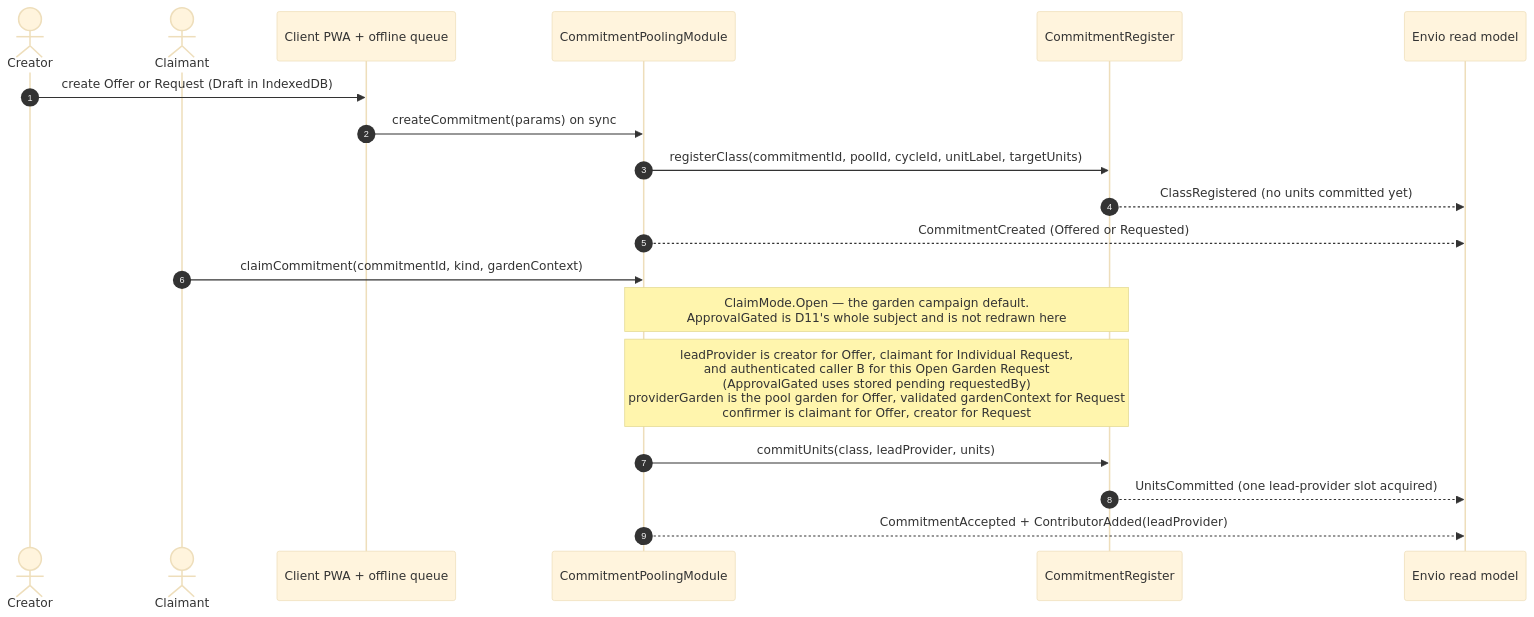
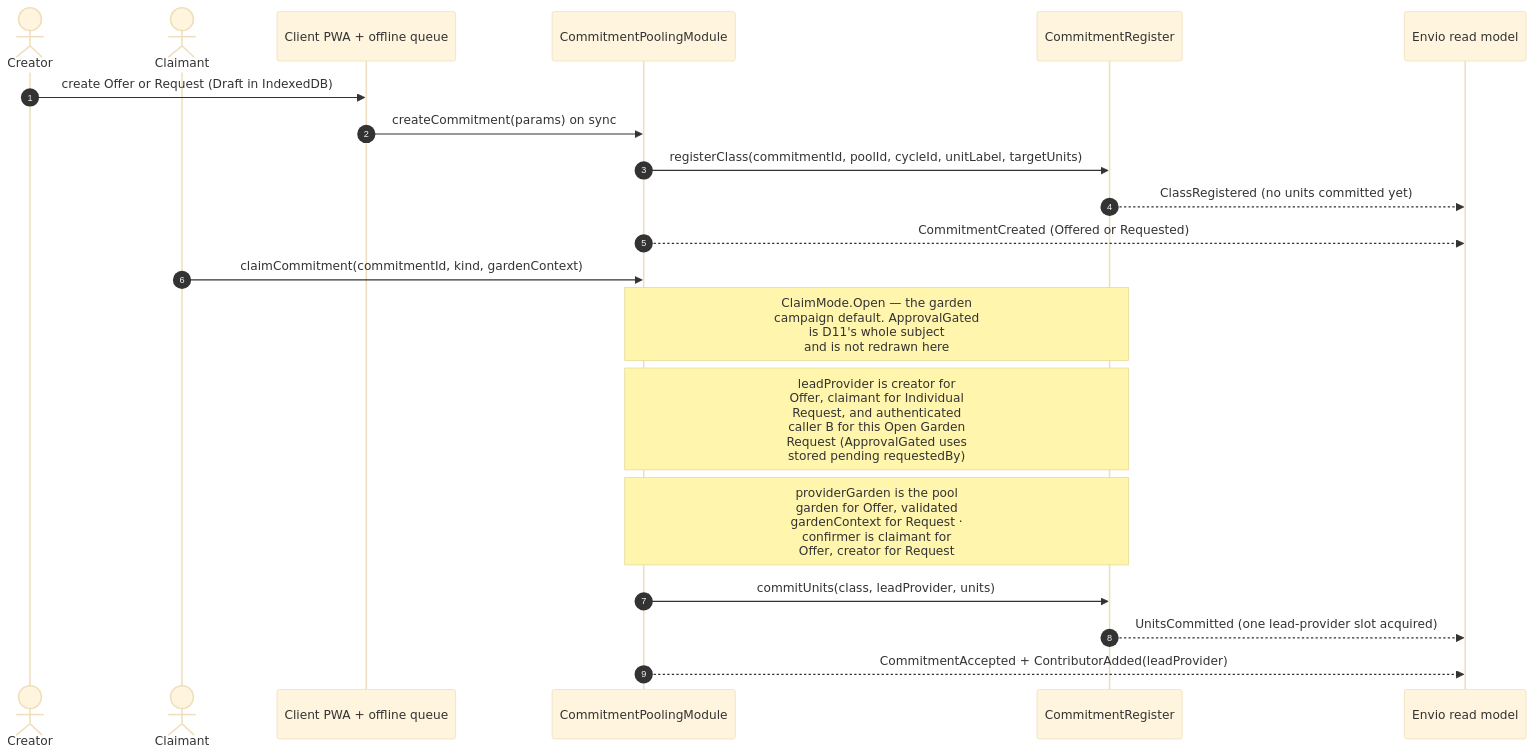
One commit to greenpill-dev-guild/green-goods changed the fourth of 33 diagrams in .plans/active/commitment-pooling/diagrams.md. Above: the diagram before and after it, drawn with Mermaid (base theme). The commit also changed other lines of this file and 20 other files, not shown here.

````diff
--- a/.plans/active/commitment-pooling/diagrams.md
+++ b/.plans/active/commitment-pooling/diagrams.md
@@ -309,22 +316,23 @@
 ```mermaid
 sequenceDiagram
   autonumber
   actor A as Creator
   actor B as Claimant
   participant PWA as Client PWA + offline queue
   participant M as CommitmentPoolingModule
   participant R as CommitmentRegister
   participant IDX as Envio read model
 
   A->>PWA: create Offer or Request (Draft in IndexedDB)
   PWA->>M: createCommitment(params) on sync
   M->>R: registerClass(commitmentId, poolId, cycleId, unitLabel, targetUnits)
   R-->>IDX: ClassRegistered (no units committed yet)
   M-->>IDX: CommitmentCreated (Offered or Requested)
   B->>M: claimCommitment(commitmentId, kind, gardenContext)
-  Note over M,R: ClaimMode.Open — the garden campaign default.<br/>ApprovalGated is D11's whole subject and is not redrawn here
-  Note over M,R: leadProvider is creator for Offer, claimant for Individual Request,<br/>and authenticated caller B for this Open Garden Request<br/>(ApprovalGated uses stored pending requestedBy)<br/>providerGarden is the pool garden for Offer, validated gardenContext for Request<br/>confirmer is claimant for Offer, creator for Request
+  Note over M,R: ClaimMode.Open — the garden<br/>campaign default. ApprovalGated<br/>is D11's whole subject<br/>and is not redrawn here
+  Note over M,R: leadProvider is creator for<br/>Offer, claimant for Individual<br/>Request, and authenticated<br/>caller B for this Open Garden<br/>Request (ApprovalGated uses<br/>stored pending requestedBy)
+  Note over M,R: providerGarden is the pool<br/>garden for Offer, validated<br/>gardenContext for Request ·<br/>confirmer is claimant for<br/>Offer, creator for Request
   M->>R: commitUnits(class, leadProvider, units)
   R-->>IDX: UnitsCommitted (one lead-provider slot acquired)
   M-->>IDX: CommitmentAccepted + ContributorAdded(leadProvider)
 ```
````
